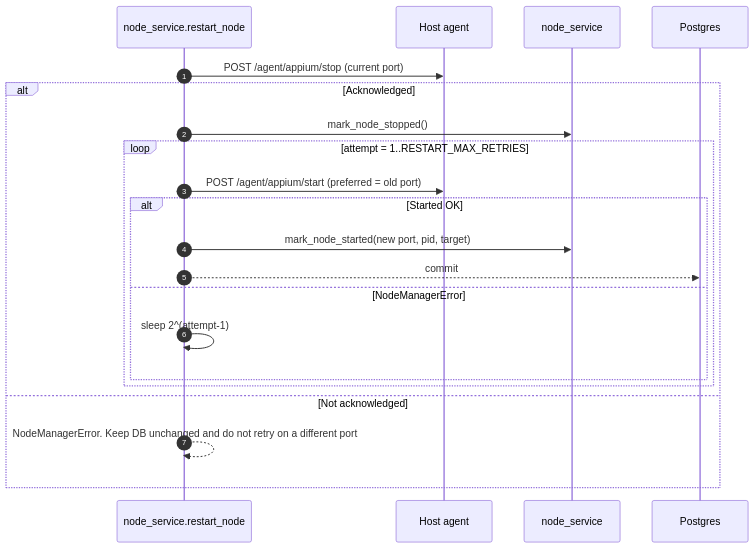
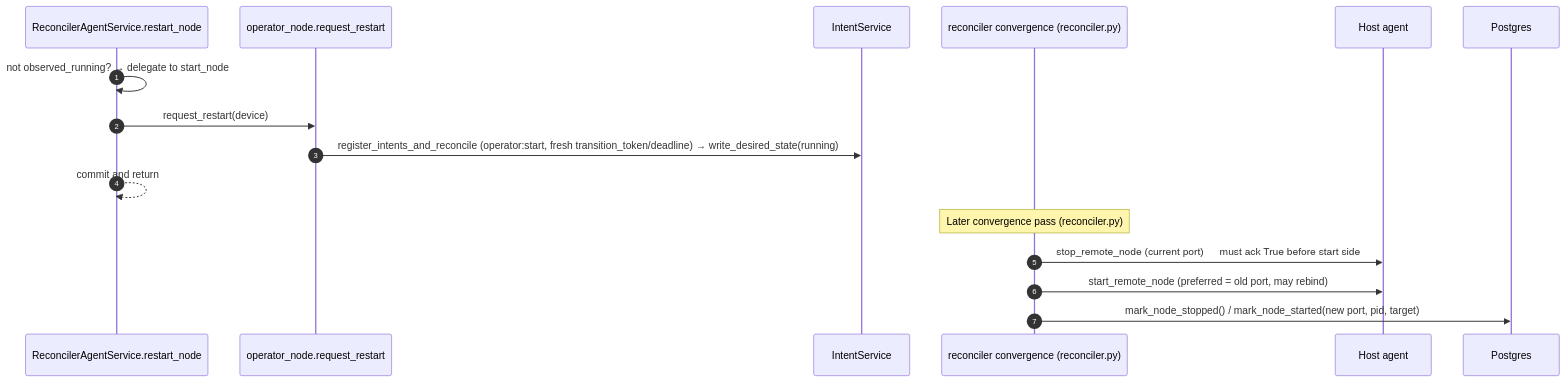
One commit to quidow/gridfleet changed the fourth of 5 diagrams in docs/design/02-node-lifecycle.md. Above: the diagram before and after it, drawn with Mermaid. The commit also changed other lines of this file and 58 other files, not shown here.

````diff
--- a/docs/design/02-node-lifecycle.md
+++ b/docs/design/02-node-lifecycle.md
@@ -142,24 +158,19 @@
 ```mermaid
 sequenceDiagram
     autonumber
-    participant NM as node_service.restart_node
+    participant NM as ReconcilerAgentService.restart_node
+    participant Op as operator_node.request_restart
+    participant Intent as IntentService
+    participant Rec as reconciler convergence (reconciler.py)
     participant Agent as Host agent
-    participant State as node_service
     participant Pg as Postgres
 
-    NM->>Agent: POST /agent/appium/stop (current port)
-    alt Acknowledged
-        NM->>State: mark_node_stopped()
-        loop attempt = 1..RESTART_MAX_RETRIES
-            NM->>Agent: POST /agent/appium/start (preferred = old port)
-            alt Started OK
-                NM->>State: mark_node_started(new port, pid, target)
-                NM-->>Pg: commit
-            else NodeManagerError
-                NM->>NM: sleep 2^(attempt-1)
-            end
-        end
-    else Not acknowledged
-        NM-->>NM: NodeManagerError. Keep DB unchanged and do not retry on a different port
-    end
+    NM->>NM: not observed_running? → delegate to start_node
+    NM->>Op: request_restart(device)
+    Op->>Intent: register_intents_and_reconcile (operator:start, fresh transition_token/deadline) → write_desired_state(running)
+    NM-->>NM: commit and return
+    Note over Rec: Later convergence pass (reconciler.py)
+    Rec->>Agent: stop_remote_node (current port) — must ack True before start side
+    Rec->>Agent: start_remote_node (preferred = old port, may rebind)
+    Rec->>Pg: mark_node_stopped() / mark_node_started(new port, pid, target)
 ```
````
